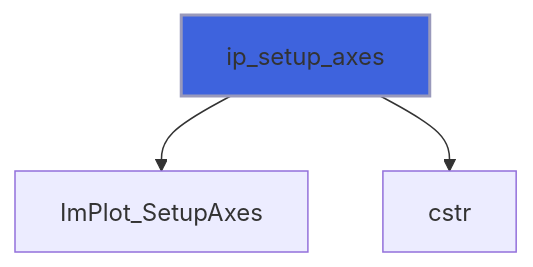
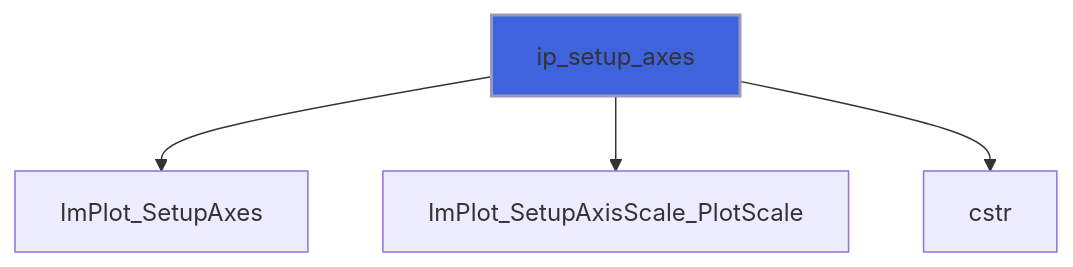
One commit to szaghi/figure changed the third of 35 diagrams in docs/api/src/lib/figure_implot.md. Above: the diagram before and after it, drawn with Mermaid. The commit also changed other lines of this file and 18 other files, not shown here.

````diff
--- a/docs/api/src/lib/figure_implot.md
+++ b/docs/api/src/lib/figure_implot.md
@@ -166,6 +169,7 @@
 ```mermaid
 flowchart TD
   ip_setup_axes["ip_setup_axes"] --> ImPlot_SetupAxes["ImPlot_SetupAxes"]
+  ip_setup_axes["ip_setup_axes"] --> ImPlot_SetupAxisScale_PlotScale["ImPlot_SetupAxisScale_PlotScale"]
   ip_setup_axes["ip_setup_axes"] --> cstr["cstr"]
   style ip_setup_axes fill:#3e63dd,stroke:#99b,stroke-width:2px
 ```
````
